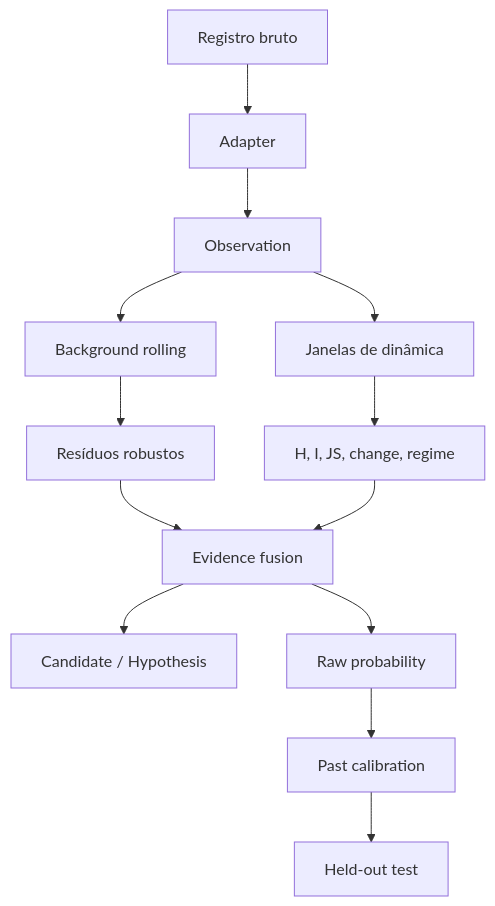
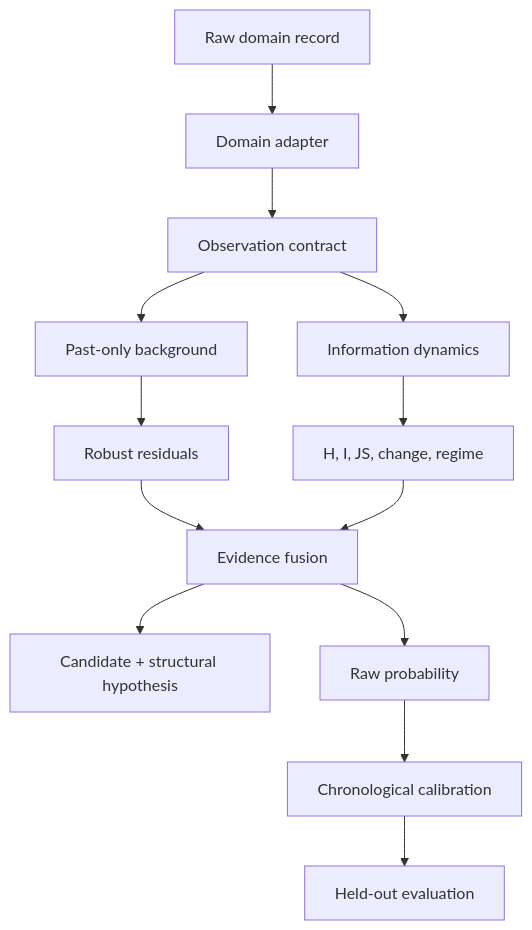
One commit to belemcrizan/QUASAR changed the first of 2 diagrams in docs/ARCHITECTURE.md. Above: the diagram before and after it, drawn with Mermaid. The commit also changed other lines of this file and 58 other files, not shown here.

````diff
--- a/docs/ARCHITECTURE.md
+++ b/docs/ARCHITECTURE.md
@@ -14,15 +15,15 @@
-```mermaid
+~~~mermaid
 flowchart TD
-    A["Registro bruto"] --> B["Adapter"]
-    B --> C["Observation"]
-    C --> D["Background rolling"]
-    C --> E["Janelas de dinâmica"]
-    D --> F["Resíduos robustos"]
+    A["Raw domain record"] --> B["Domain adapter"]
+    B --> C["Observation contract"]
+    C --> D["Past-only background"]
+    C --> E["Information dynamics"]
+    D --> F["Robust residuals"]
     E --> G["H, I, JS, change, regime"]
     F --> H["Evidence fusion"]
     G --> H
-    H --> I["Candidate / Hypothesis"]
+    H --> I["Candidate + structural hypothesis"]
     H --> J["Raw probability"]
-    J --> K["Past calibration"]
-    K --> L["Held-out test"]
-```
+    J --> K["Chronological calibration"]
+    K --> L["Held-out evaluation"]
+~~~
````
